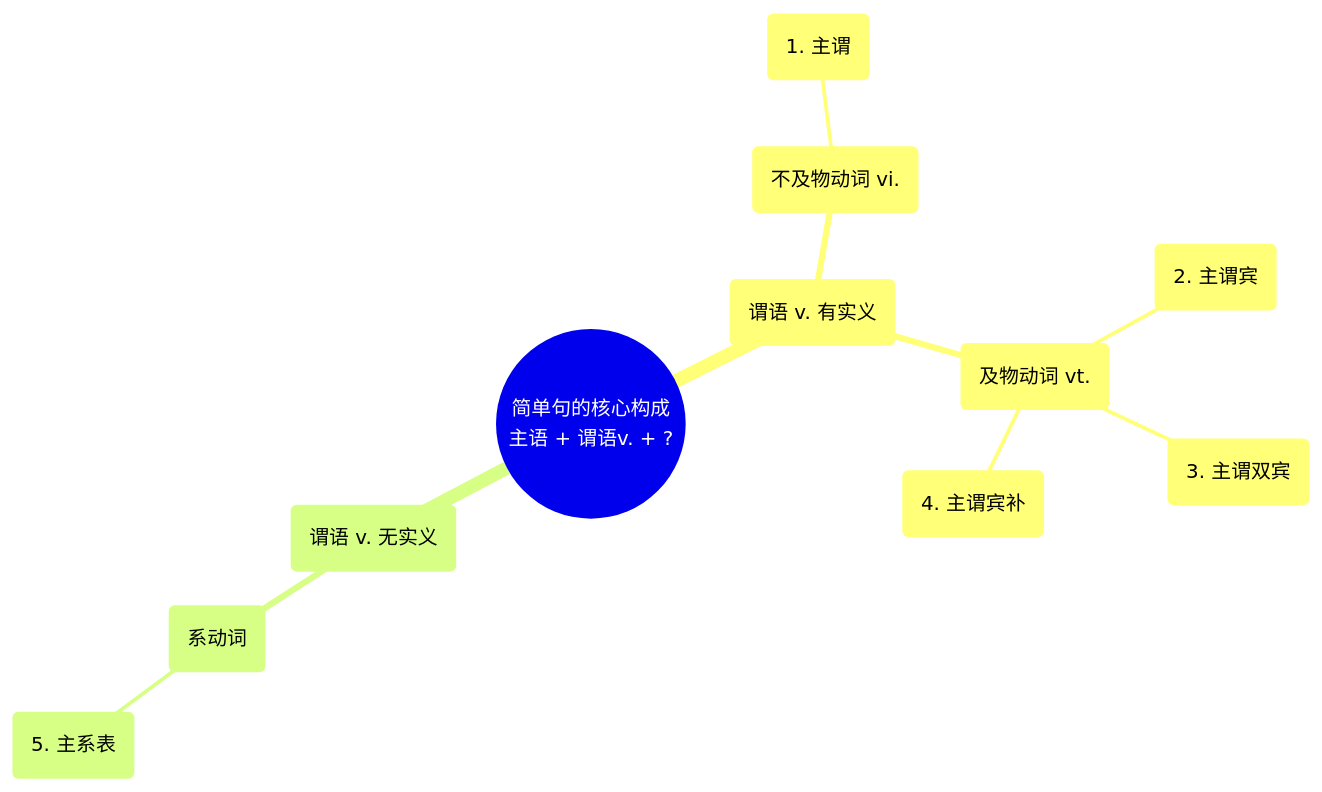
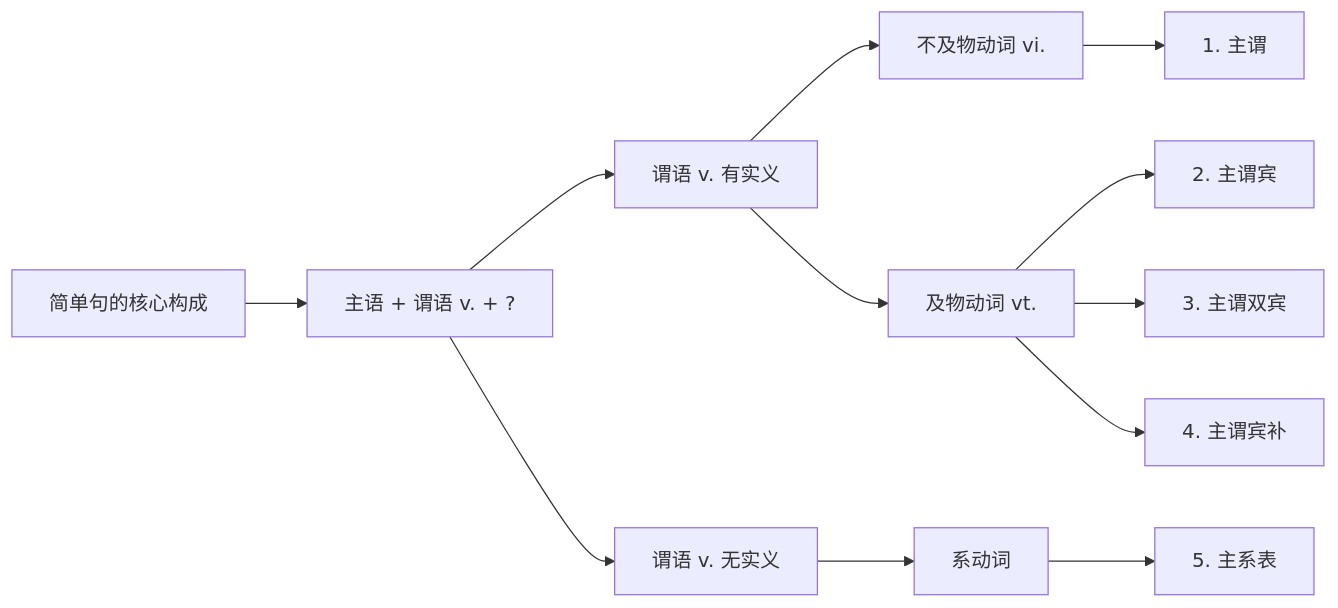
One commit to Aiubg/aiubg.github.io changed the diagram in docs/考研英语/如何表达一件事——简单句/简单句的核心/简单句的核心构成.md. Above: the diagram before and after it, drawn with Mermaid. The commit also changed other lines of this file and 2 other files, not shown here.

````diff
--- a/docs/考研英语/如何表达一件事——简单句/简单句的核心/简单句的核心构成.md
+++ b/docs/考研英语/如何表达一件事——简单句/简单句的核心/简单句的核心构成.md
@@ -209,14 +208,17 @@
 ```mermaid
-mindmap
-  root(("简单句的核心构成<br/>主语 + 谓语v. + ?"))
-    ("谓语 v. 有实义")
-      ("不及物动词 vi.")
-        ("1. 主谓")
-      ("及物动词 vt.")
-        ("2. 主谓宾")
-        ("3. 主谓双宾")
-        ("4. 主谓宾补")
-    ("谓语 v. 无实义")
-      ("系动词")
-        ("5. 主系表")
+graph LR
+    A["简单句的核心构成"] --> B["主语 + 谓语 v. + ?"]
+
+    B --> C["谓语 v. 有实义"]
+    C --> D["不及物动词 vi."]
+    D --> E["1. 主谓"]
+
+    C --> F["及物动词 vt."]
+    F --> G["2. 主谓宾"]
+    F --> H["3. 主谓双宾"]
+    F --> I["4. 主谓宾补"]
+
+    B --> J["谓语 v. 无实义"]
+    J --> K["系动词"]
+    K --> L["5. 主系表"]
 ```
````
